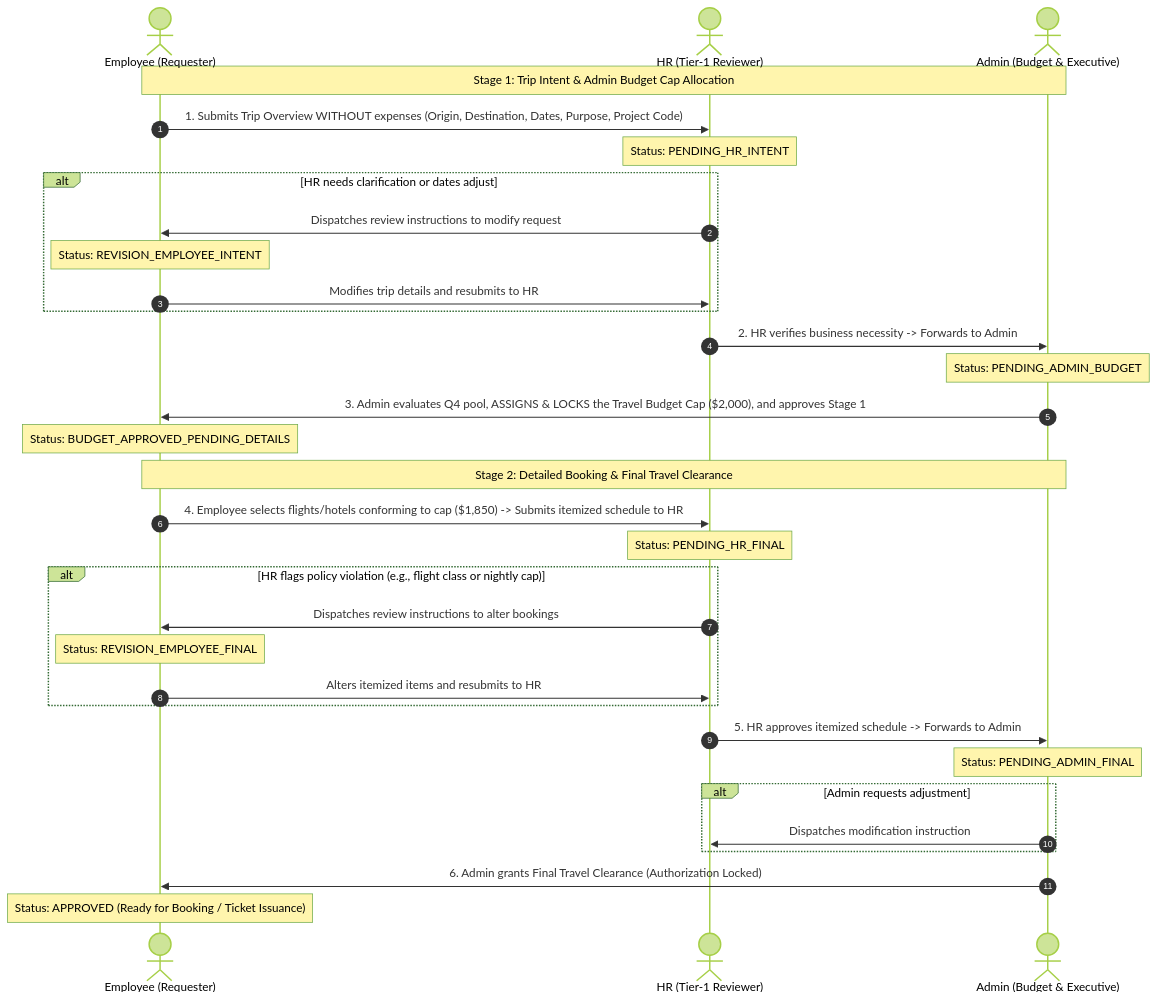
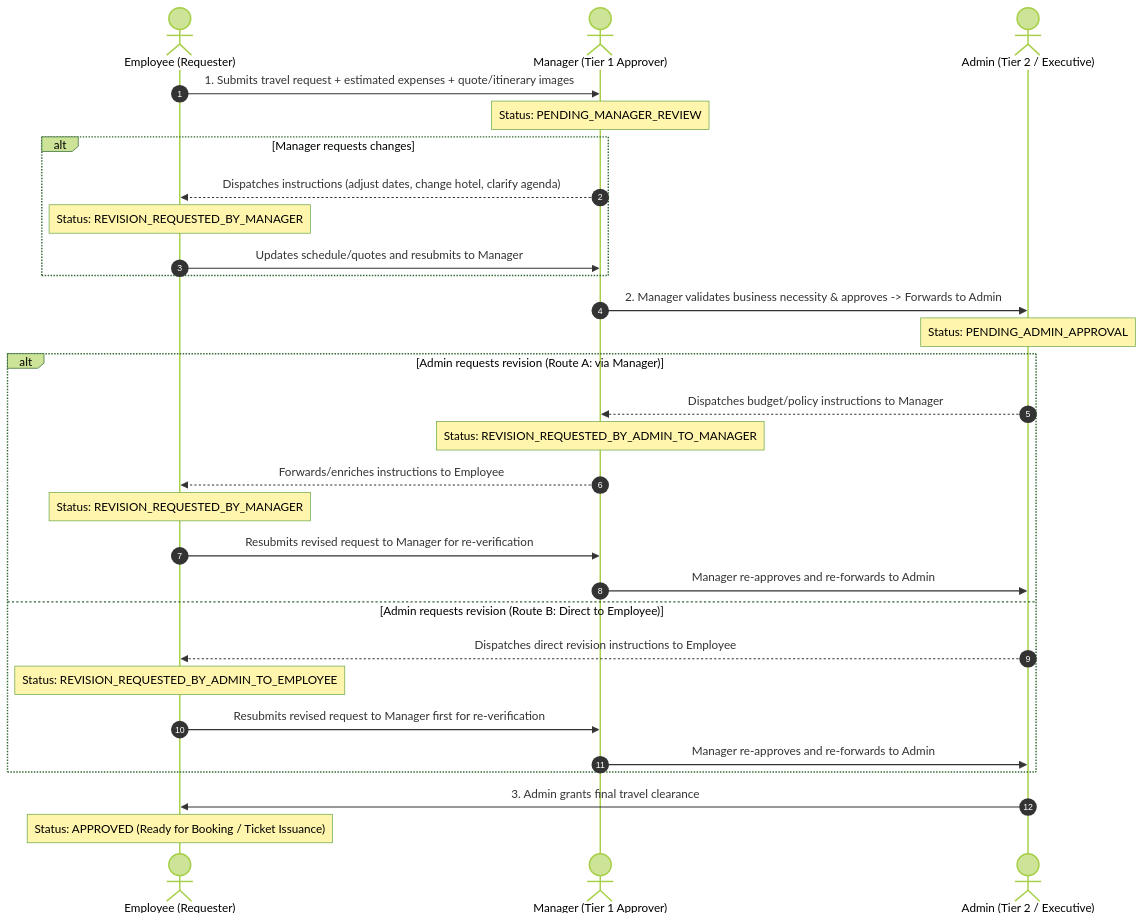
One commit to Sudalaimani777/Dashboard changed the third of 3 diagrams in docs/superpowers/specs/2026-11-06-tripflow-travel-request-system-design.md. Above: the diagram before and after it, drawn with Mermaid (forest theme). The commit also changed other lines of this file and 1 other file, not shown here.

First line of the commit message:
feat(travel): update spec and mockup to Manager workflow and INR currency

````diff
--- a/docs/superpowers/specs/2026-11-06-tripflow-travel-request-system-design.md
+++ b/docs/superpowers/specs/2026-11-06-tripflow-travel-request-system-design.md
@@ -114,43 +130,36 @@
 ```mermaid
 sequenceDiagram
     autonumber
     actor Emp as Employee (Requester)
-    actor HR as HR (Tier-1 Reviewer)
-    actor Adm as Admin (Budget & Executive)
+    actor Mgr as Manager (Tier 1 Approver)
+    actor Adm as Admin (Tier 2 / Executive)
 
-    Note over Emp, Adm: Stage 1: Trip Intent & Admin Budget Cap Allocation
-    Emp->>HR: 1. Submits Trip Overview WITHOUT expenses (Origin, Destination, Dates, Purpose, Project Code)
-    Note over HR: Status: PENDING_HR_INTENT
+    Emp->>Mgr: 1. Submits travel request + estimated expenses + quote/itinerary images
+    Note over Mgr: Status: PENDING_MANAGER_REVIEW
 
-    alt HR needs clarification or dates adjust
-        HR->>Emp: Dispatches review instructions to modify request
-        Note over Emp: Status: REVISION_EMPLOYEE_INTENT
-        Emp->>HR: Modifies trip details and resubmits to HR
+    alt Manager requests changes
+        Mgr-->>Emp: Dispatches instructions (adjust dates, change hotel, clarify agenda)
+        Note over Emp: Status: REVISION_REQUESTED_BY_MANAGER
+        Emp->>Mgr: Updates schedule/quotes and resubmits to Manager
     end
 
-    HR->>Adm: 2. HR verifies business necessity -> Forwards to Admin
-    Note over Adm: Status: PENDING_ADMIN_BUDGET
+    Mgr->>Adm: 2. Manager validates business necessity & approves -> Forwards to Admin
+    Note over Adm: Status: PENDING_ADMIN_APPROVAL
 
-    Adm->>Emp: 3. Admin evaluates Q4 pool, ASSIGNS & LOCKS the Travel Budget Cap ($2,000), and approves Stage 1
-    Note over Emp: Status: BUDGET_APPROVED_PENDING_DETAILS
-
-    Note over Emp, Adm: Stage 2: Detailed Booking & Final Travel Clearance
-    Emp->>HR: 4. Employee selects flights/hotels conforming to cap ($1,850) -> Submits itemized schedule to HR
-    Note over HR: Status: PENDING_HR_FINAL
-
-    alt HR flags policy violation (e.g., flight class or nightly cap)
-        HR->>Emp: Dispatches review instructions to alter bookings
-        Note over Emp: Status: REVISION_EMPLOYEE_FINAL
-        Emp->>HR: Alters itemized items and resubmits to HR
+    alt Admin requests revision (Route A: via Manager)
+        Adm-->>Mgr: Dispatches budget/policy instructions to Manager
+        Note over Mgr: Status: REVISION_REQUESTED_BY_ADMIN_TO_MANAGER
+        Mgr-->>Emp: Forwards/enriches instructions to Employee
+        Note over Emp: Status: REVISION_REQUESTED_BY_MANAGER
+        Emp->>Mgr: Resubmits revised request to Manager for re-verification
+        Mgr->>Adm: Manager re-approves and re-forwards to Admin
+    else Admin requests revision (Route B: Direct to Employee)
+        Adm-->>Emp: Dispatches direct revision instructions to Employee
+        Note over Emp: Status: REVISION_REQUESTED_BY_ADMIN_TO_EMPLOYEE
+        Emp->>Mgr: Resubmits revised request to Manager first for re-verification
+        Mgr->>Adm: Manager re-approves and re-forwards to Admin
     end
 
-    HR->>Adm: 5. HR approves itemized schedule -> Forwards to Admin
-    Note over Adm: Status: PENDING_ADMIN_FINAL
-
-    alt Admin requests adjustment
-        Adm->>HR: Dispatches modification instruction
-    end
-
-    Adm->>Emp: 6. Admin grants Final Travel Clearance (Authorization Locked)
+    Adm->>Emp: 3. Admin grants final travel clearance
     Note over Emp: Status: APPROVED (Ready for Booking / Ticket Issuance)
 ```
````
